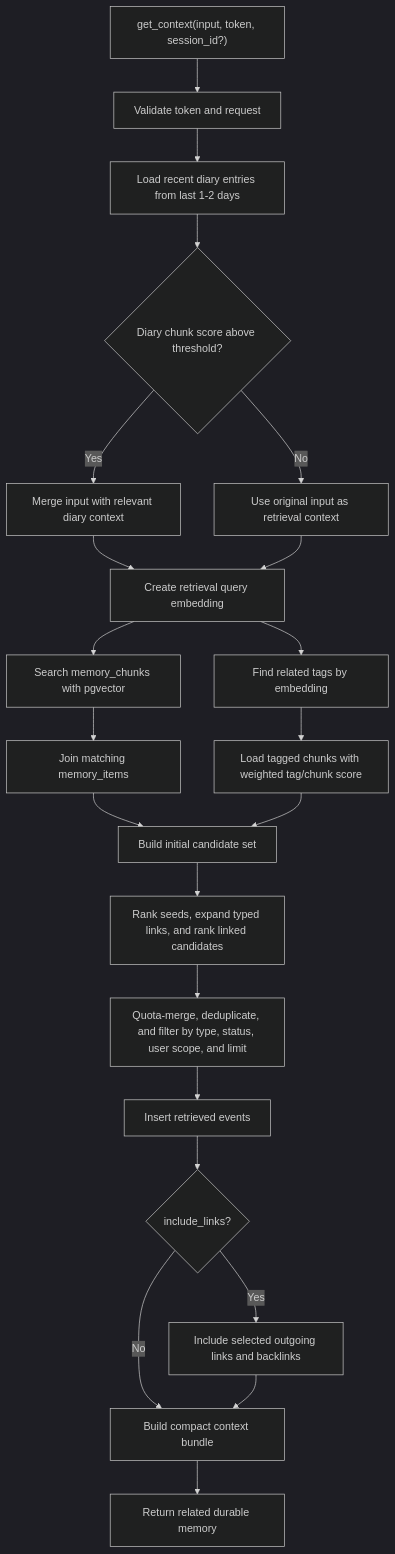
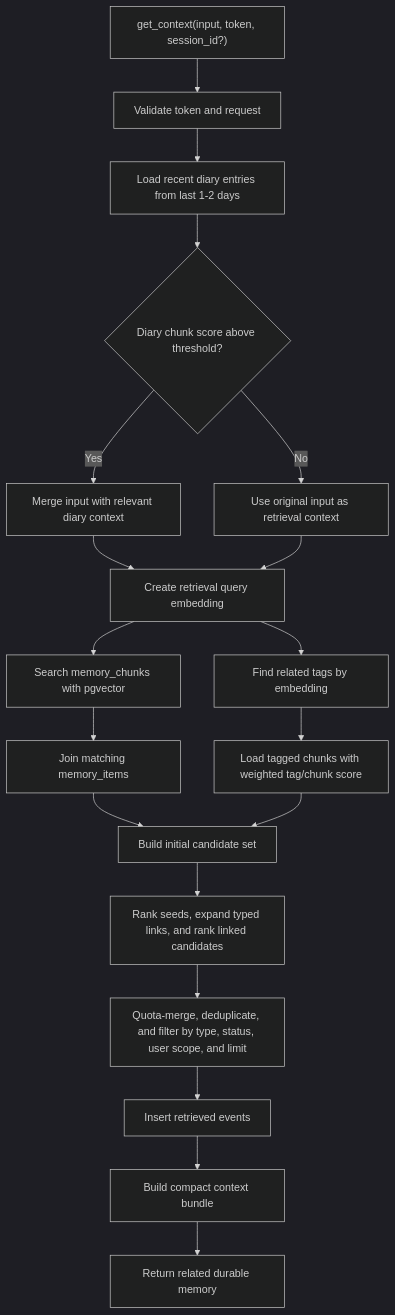
Before and after one commit to Oceankj/second_brain: the second of 9 diagrams in docs/lifecycle.md, drawn with Mermaid (dark theme). The commit also changed other lines of this file and 19 other files, not shown here.

````diff
--- a/docs/lifecycle.md
+++ b/docs/lifecycle.md
@@ -18,28 +18,24 @@
 ```mermaid
 flowchart TD
   request["get_context(input, token, session_id?)"] --> validate["Validate token and request"]
   validate --> recentDiary["Load recent diary entries from last 1-2 days"]
   recentDiary --> diaryRelevant{"Diary chunk score above threshold?"}
   diaryRelevant -- "Yes" --> mergeDiary["Merge input with relevant diary context"]
   diaryRelevant -- "No" --> baseContext["Use original input as retrieval context"]
 
   mergeDiary --> embedQuery["Create retrieval query embedding"]
   baseContext --> embedQuery
   embedQuery --> tagHints["Find related tags by embedding"]
   tagHints --> tagCandidates["Load tagged chunks with weighted tag/chunk score"]
 
   embedQuery --> searchChunks["Search memory_chunks with pgvector"]
   searchChunks --> joinItems["Join matching memory_items"]
   joinItems --> seedSet["Build initial candidate set"]
   tagCandidates --> seedSet
   seedSet --> linkPolicy["Rank seeds, expand typed links, and rank linked candidates"]
   linkPolicy --> filterItems["Quota-merge, deduplicate, and filter by type, status, user scope, and limit"]
   filterItems --> logRetrieval["Insert retrieved events"]
-  logRetrieval --> includeLinks{"include_links?"}
-
-  includeLinks -- "Yes" --> loadLinks["Include selected outgoing links and backlinks"]
-  includeLinks -- "No" --> compact["Build compact context bundle"]
-  loadLinks --> compact
+  logRetrieval --> compact["Build compact context bundle"]
 
   compact --> response["Return related durable memory"]
 ```
````
